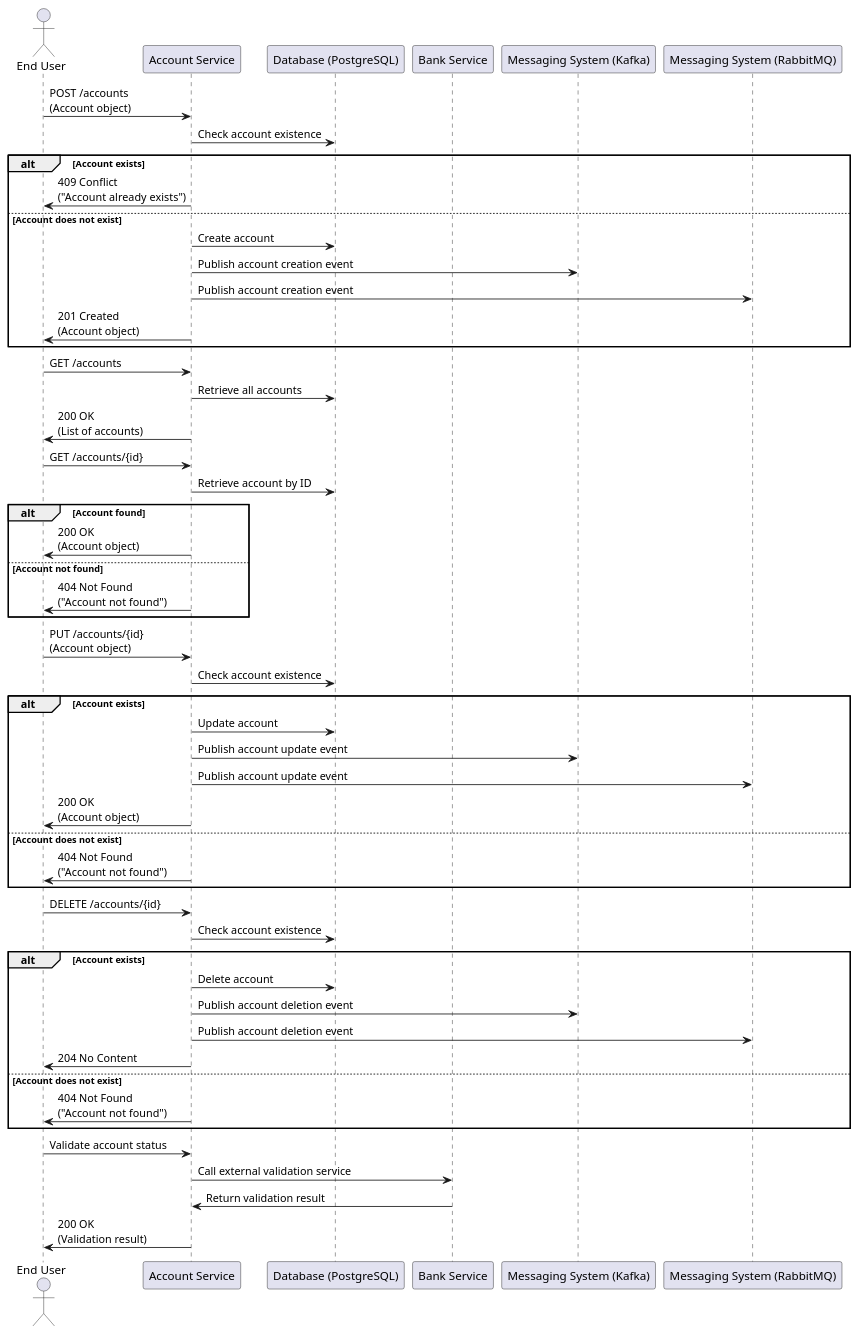
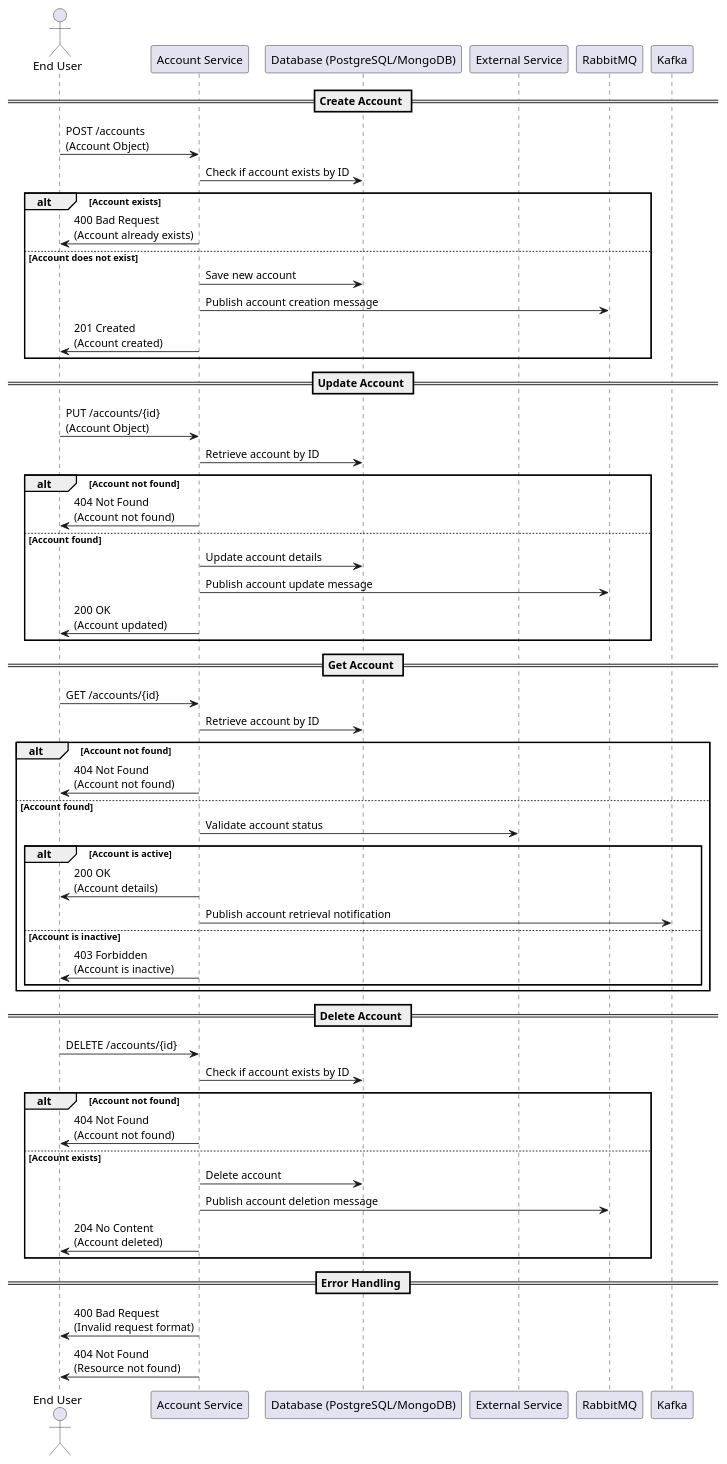
One commit to Bhaskar-Pavan/AccountService changed the diagram in design_document/AccountService.md. Above: the diagram before and after it, drawn with PlantUML. The commit also changed other lines of this file, not shown here.

````diff
--- a/design_document/AccountService.md
+++ b/design_document/AccountService.md
@@ -35,61 +35,63 @@
 ```plantuml
 @startuml
 actor "End User" as User
-participant "Account Service" as AccountService
-participant "Database (PostgreSQL)" as PostgreSQL
-participant "Bank Service" as BankService
-participant "Messaging System (Kafka)" as Kafka
-participant "Messaging System (RabbitMQ)" as RabbitMQ
+participant "Account Service" as Service
+participant "Database (PostgreSQL/MongoDB)" as DB
+participant "External Service" as ExternalService
+participant "RabbitMQ" as RabbitMQ
+participant "Kafka" as Kafka
 
-User -> AccountService : POST /accounts\n(Account object)
-AccountService -> PostgreSQL : Check account existence
+== Create Account ==
+User -> Service: POST /accounts\n(Account Object)
+Service -> DB: Check if account exists by ID
 alt Account exists
-    AccountService -> User : 409 Conflict\n("Account already exists")
+    Service -> User: 400 Bad Request\n(Account already exists)
 else Account does not exist
-    AccountService -> PostgreSQL : Create account
-    AccountService -> Kafka : Publish account creation event
-    AccountService -> RabbitMQ : Publish account creation event
-    AccountService -> User : 201 Created\n(Account object)
+    Service -> DB: Save new account
+    Service -> RabbitMQ: Publish account creation message
+    Service -> User: 201 Created\n(Account created)
 end
 
-User -> AccountService : GET /accounts
-AccountService -> PostgreSQL : Retrieve all accounts
-AccountService -> User : 200 OK\n(List of accounts)
-
-User -> AccountService : GET /accounts/{id}
-AccountService -> PostgreSQL : Retrieve account by ID
-alt Account found
-    AccountService -> User : 200 OK\n(Account object)
-else Account not found
-    AccountService -> User : 404 Not Found\n("Account not found")
+== Update Account ==
+User -> Service: PUT /accounts/{id}\n(Account Object)
+Service -> DB: Retrieve account by ID
+alt Account not found
+    Service -> User: 404 Not Found\n(Account not found)
+else Account found
+    Service -> DB: Update account details
+    Service -> RabbitMQ: Publish account update message
+    Service -> User: 200 OK\n(Account updated)
 end
 
-User -> AccountService : PUT /accounts/{id}\n(Account object)
-AccountService -> PostgreSQL : Check account existence
-alt Account exists
-    AccountService -> PostgreSQL : Update account
-    AccountService -> Kafka : Publish account update event
-    AccountService -> RabbitMQ : Publish account update event
-    AccountService -> User : 200 OK\n(Account object)
-else Account does not exist
-    AccountService -> User : 404 Not Found\n("Account not found")
+== Get Account ==
+User -> Service: GET /accounts/{id}
+Service -> DB: Retrieve account by ID
+alt Account not found
+    Service -> User: 404 Not Found\n(Account not found)
+else Account found
+    Service -> ExternalService: Validate account status
+    alt Account is active
+        Service -> User: 200 OK\n(Account details)
+        Service -> Kafka: Publish account retrieval notification
+    else Account is inactive
+        Service -> User: 403 Forbidden\n(Account is inactive)
+    end
 end
 
-User -> AccountService : DELETE /accounts/{id}
-AccountService -> PostgreSQL : Check account existence
-alt Account exists
-    AccountService -> PostgreSQL : Delete account
-    AccountService -> Kafka : Publish account deletion event
-    AccountService -> RabbitMQ : Publish account deletion event
-    AccountService -> User : 204 No Content
-else Account does not exist
-    AccountService -> User : 404 Not Found\n("Account not found")
+== Delete Account ==
+User -> Service: DELETE /accounts/{id}
+Service -> DB: Check if account exists by ID
+alt Account not found
+    Service -> User: 404 Not Found\n(Account not found)
+else Account exists
+    Service -> DB: Delete account
+    Service -> RabbitMQ: Publish account deletion message
+    Service -> User: 204 No Content\n(Account deleted)
 end
 
-User -> AccountService : Validate account status
-AccountService -> BankService : Call external validation service
-BankService -> AccountService : Return validation result
-AccountService -> User : 200 OK\n(Validation result)
+== Error Handling ==
+Service -> User: 400 Bad Request\n(Invalid request format)
+Service -> User: 404 Not Found\n(Resource not found)
 
 @enduml
 ```
````
